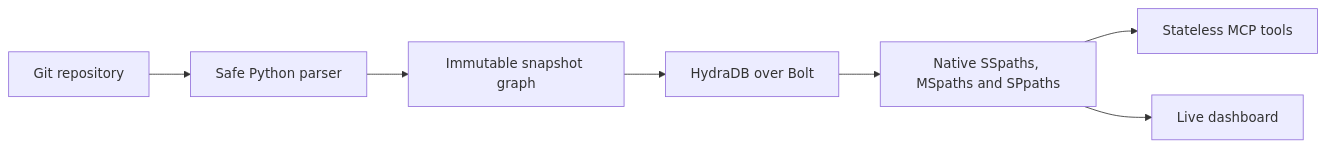
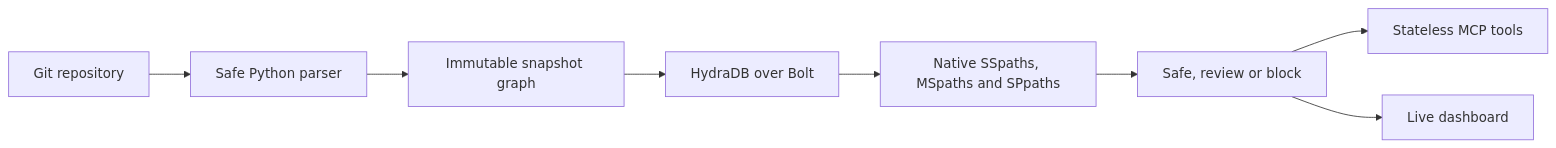
The diagram in README.md (himanshu748/seismic-hydradb), drawn with Mermaid before and after one commit. The commit also changed other lines of this file and 23 other files, not shown here.

Commit message:
Add graph-backed agent change gates

````diff
--- a/README.md
+++ b/README.md
@@ -15,9 +15,10 @@
 ```mermaid
 flowchart LR
     A["Git repository"] --> B["Safe Python parser"]
     B --> C["Immutable snapshot graph"]
     C --> D["HydraDB over Bolt"]
     D --> E["Native SSpaths, MSpaths and SPpaths"]
-    E --> F["Stateless MCP tools"]
-    E --> G["Live dashboard"]
+    E --> F["Safe, review or block"]
+    F --> G["Stateless MCP tools"]
+    F --> H["Live dashboard"]
 ```
````
